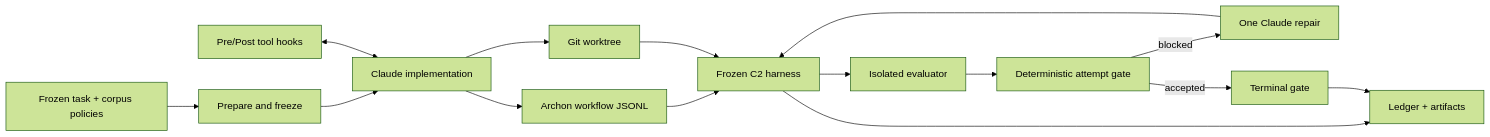
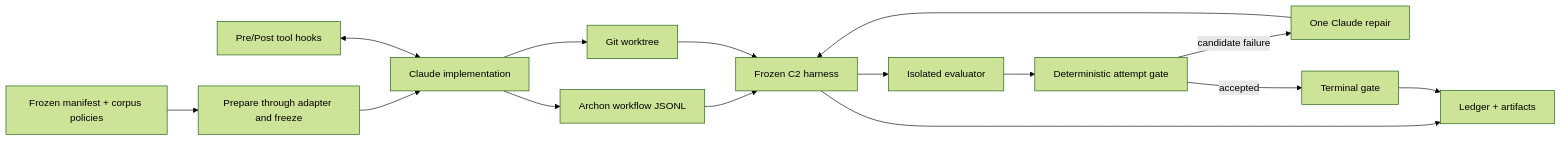
The first of 2 diagrams in principle-guided-agent-research/12-archon-c2-prototype/technical-design.md (keyanUB/Archon), drawn with Mermaid (forest theme) before and after one commit. The commit also changed other lines of this file and 86 other files, not shown here.

````diff
--- a/principle-guided-agent-research/12-archon-c2-prototype/technical-design.md
+++ b/principle-guided-agent-research/12-archon-c2-prototype/technical-design.md
@@ -509,17 +843,17 @@
 ```mermaid
 flowchart LR
-  Inputs["Frozen task + corpus policies"] --> Prepare["Prepare and freeze"]
+  Inputs["Frozen manifest + corpus policies"] --> Prepare["Prepare through adapter and freeze"]
   Prepare --> Agent["Claude implementation"]
   Hooks["Pre/Post tool hooks"] <--> Agent
   Agent --> Log["Archon workflow JSONL"]
   Agent --> WT["Git worktree"]
   Log --> Harness["Frozen C2 harness"]
   WT --> Harness
   Harness --> Eval["Isolated evaluator"]
   Eval --> Gate["Deterministic attempt gate"]
-  Gate -->|"blocked"| Repair["One Claude repair"]
+  Gate -->|"candidate failure"| Repair["One Claude repair"]
   Repair --> Harness
   Gate -->|"accepted"| Final["Terminal gate"]
   Harness --> Evidence["Ledger + artifacts"]
   Final --> Evidence
 ```
````
